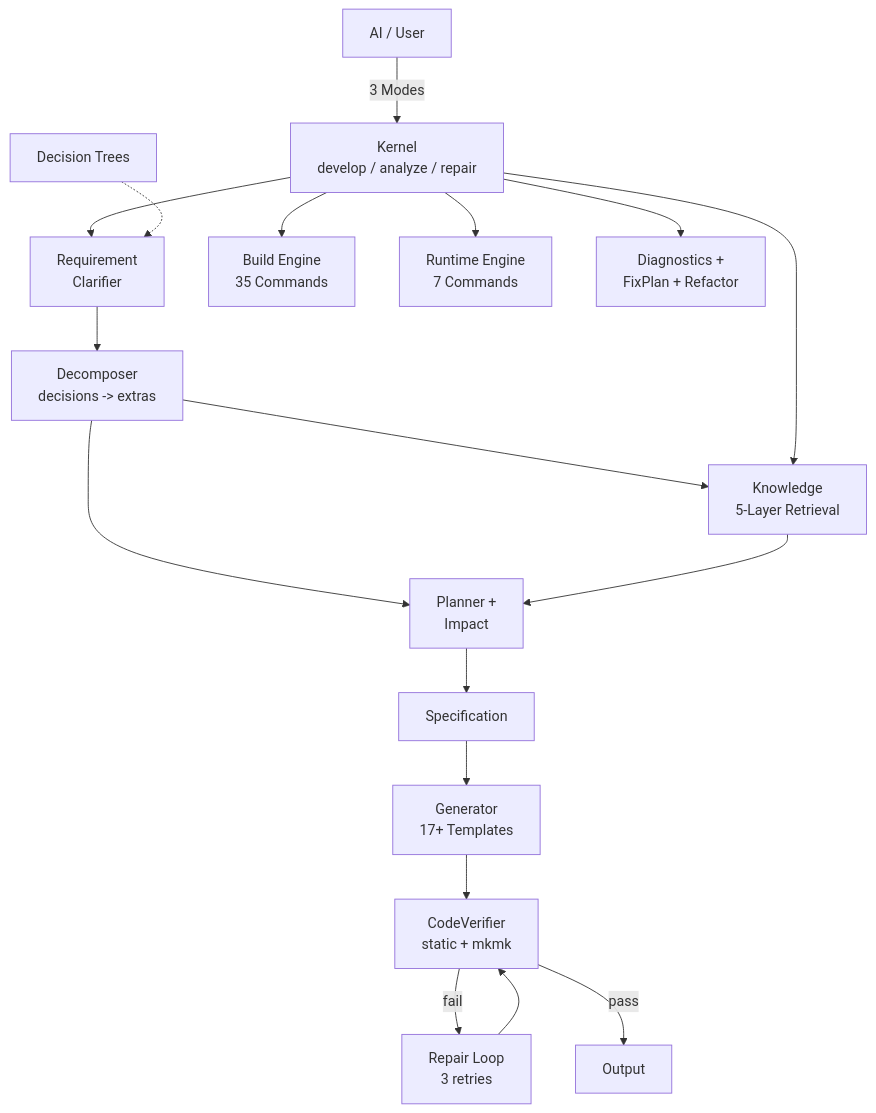
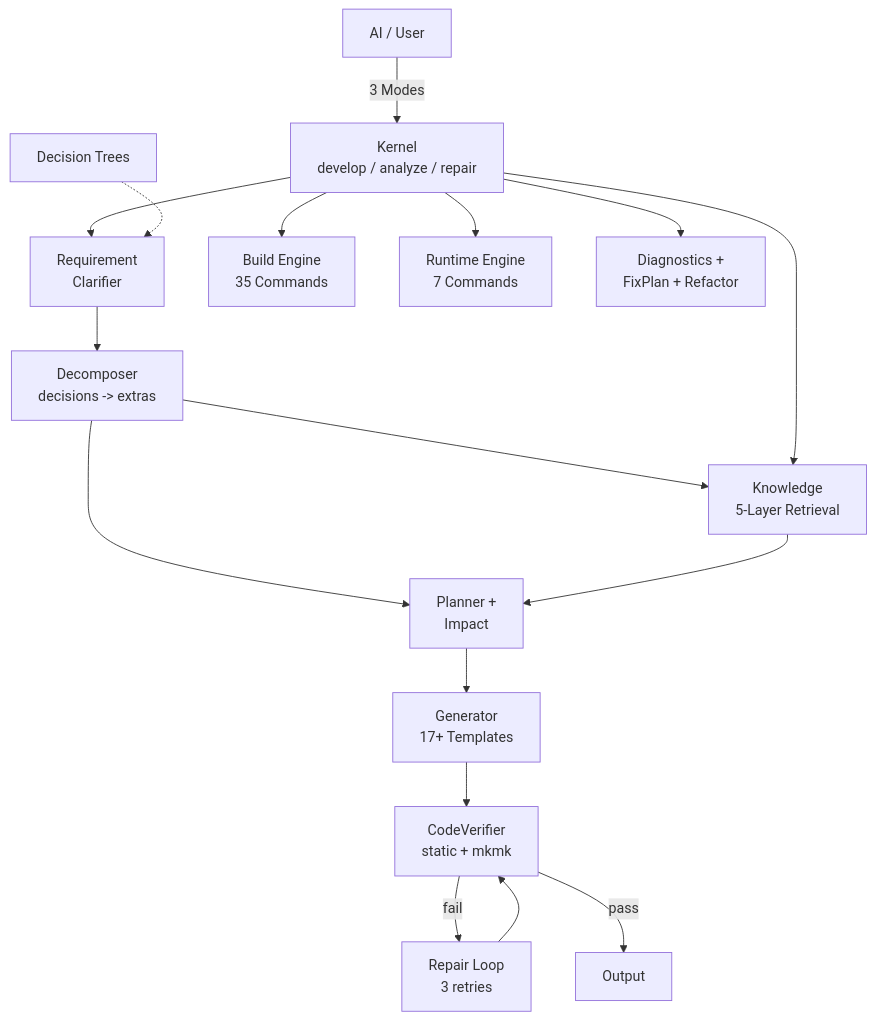
The diagram in README.md (chenlei-gh/CADE), drawn with Mermaid before and after one commit. The commit also changed other lines of this file and 20 other files, not shown here.

````diff
--- a/README.md
+++ b/README.md
@@ -370,22 +370,21 @@
 ```mermaid
 graph TD
     U[AI / User] -->|3 Modes| K[Kernel<br/>develop / analyze / repair]
     K --> R[Requirement<br/>Clarifier]
     D[Decision Trees] -.-> R
     R --> E[Decomposer<br/>decisions -> extras]
     E --> I[Planner +<br/>Impact]
     E --> Q[Knowledge<br/>5-Layer Retrieval]
-    I --> S[Specification]
-    S --> G[Generator<br/>17+ Templates]
+    I --> G[Generator<br/>17+ Templates]
     G --> V[CodeVerifier<br/>static + mkmk]
     V -->|fail| P[Repair Loop<br/>3 retries]
     P --> V
     V -->|pass| O[Output]
 
     K --> Q
     Q --> I
 
     K --> B[Build Engine<br/>35 Commands]
     K --> X[Runtime Engine<br/>7 Commands]
     K --> Z[Diagnostics +<br/>FixPlan + Refactor]
 ```
````
